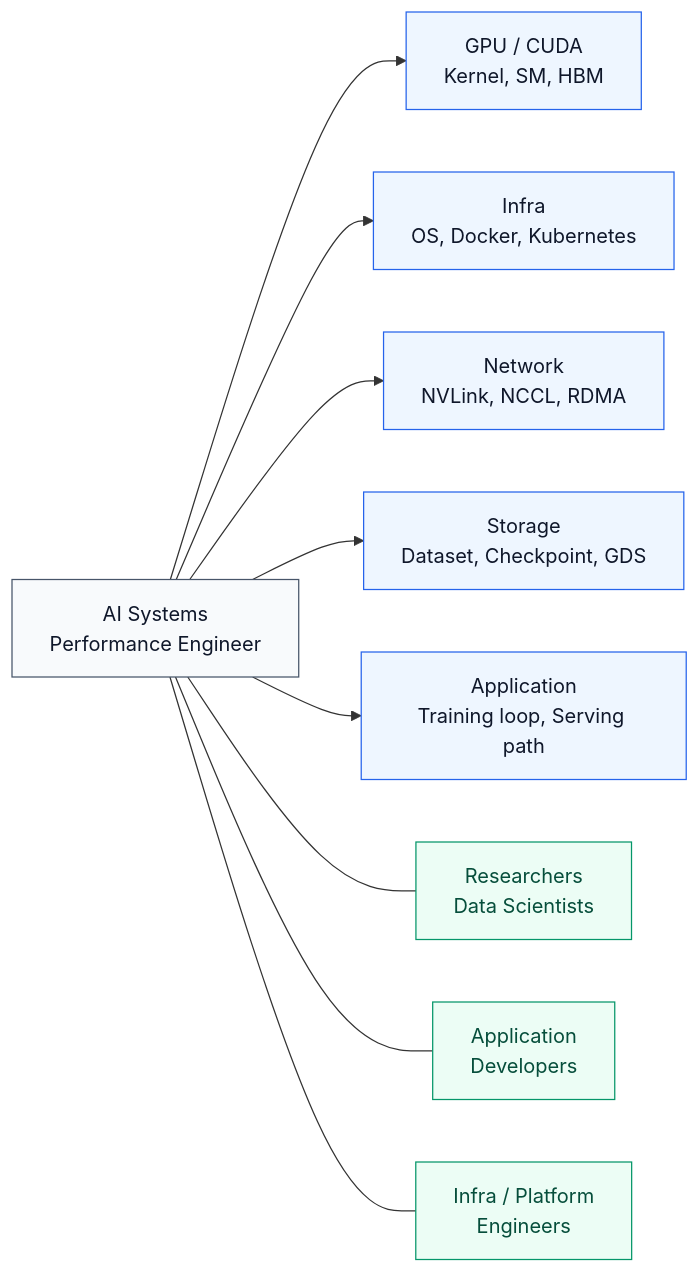
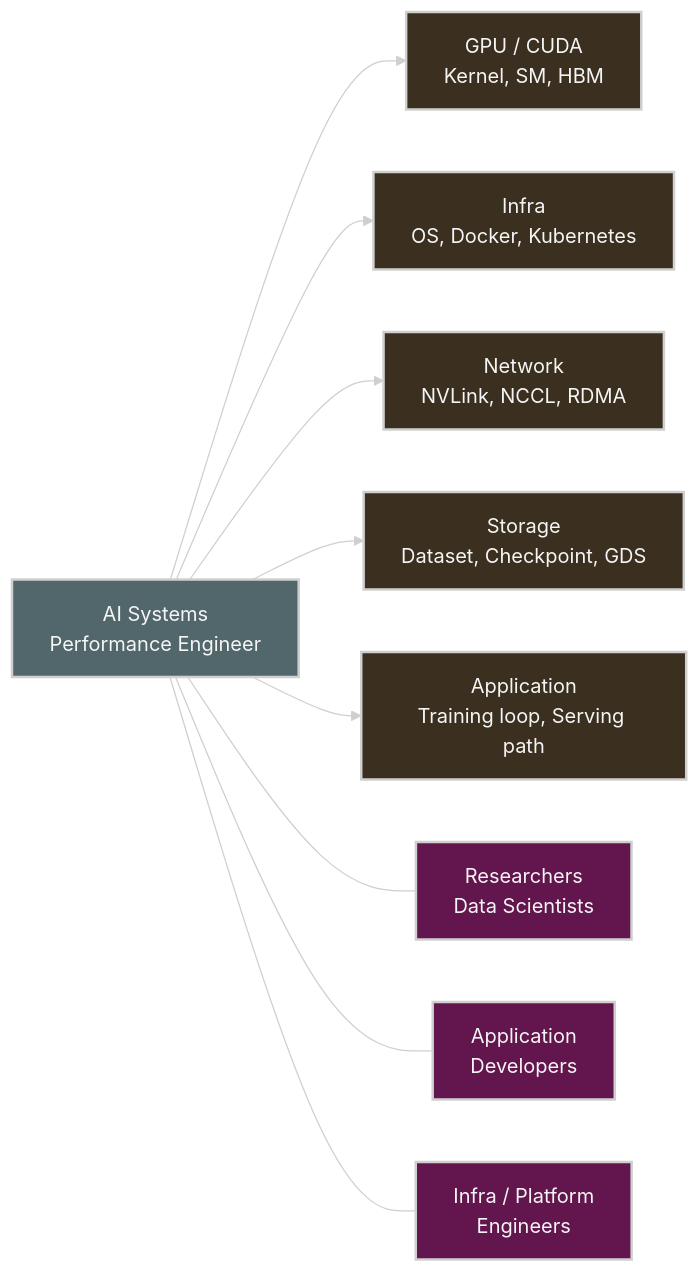
Before and after one commit to ziwon/ai-data-center-network: the second of 9 diagrams in ai-system-performance-engineering/chap01/README.md, drawn with Mermaid. The commit also changed other lines of this file and 35 other files, not shown here.

Commit message:
docs(mermaid): apply dark diagram style

````diff
--- a/ai-system-performance-engineering/chap01/README.md
+++ b/ai-system-performance-engineering/chap01/README.md
@@ -93,28 +94,29 @@
 ```mermaid
+%%{init: {"theme": "base", "themeVariables": {"background": "#171717", "primaryColor": "#232323", "primaryTextColor": "#f5f5f5", "primaryBorderColor": "#d0d0d0", "lineColor": "#cfcfcf", "fontFamily": "Inter, Arial, sans-serif"}}}%%
 flowchart LR
-    classDef role fill:#f8fafc,stroke:#475569,color:#0f172a
-    classDef layer fill:#eef6ff,stroke:#2563eb,color:#0f172a
-    classDef team fill:#ecfdf5,stroke:#059669,color:#064e3b
+    classDef role fill:#52676b,stroke:#d0d0d0,color:#f5f5f5,stroke-width:2px;
+    classDef layer fill:#3b2f20,stroke:#d0d0d0,color:#f5f5f5,stroke-width:2px;
+    classDef team fill:#62164d,stroke:#d0d0d0,color:#f5f5f5,stroke-width:2px;
 
     PE[AI Systems<br/>Performance Engineer]:::role
 
     GPU[GPU / CUDA<br/>Kernel, SM, HBM]:::layer
     INFRA[Infra<br/>OS, Docker, Kubernetes]:::layer
     NET[Network<br/>NVLink, NCCL, RDMA]:::layer
     STORAGE[Storage<br/>Dataset, Checkpoint, GDS]:::layer
     APP[Application<br/>Training loop, Serving path]:::layer
 
     DS[Researchers<br/>Data Scientists]:::team
     DEV[Application<br/>Developers]:::team
     OPS[Infra / Platform<br/>Engineers]:::team
 
     PE --> GPU
     PE --> INFRA
     PE --> NET
     PE --> STORAGE
     PE --> APP
 
     PE --- DS
     PE --- DEV
     PE --- OPS
 ```
````
